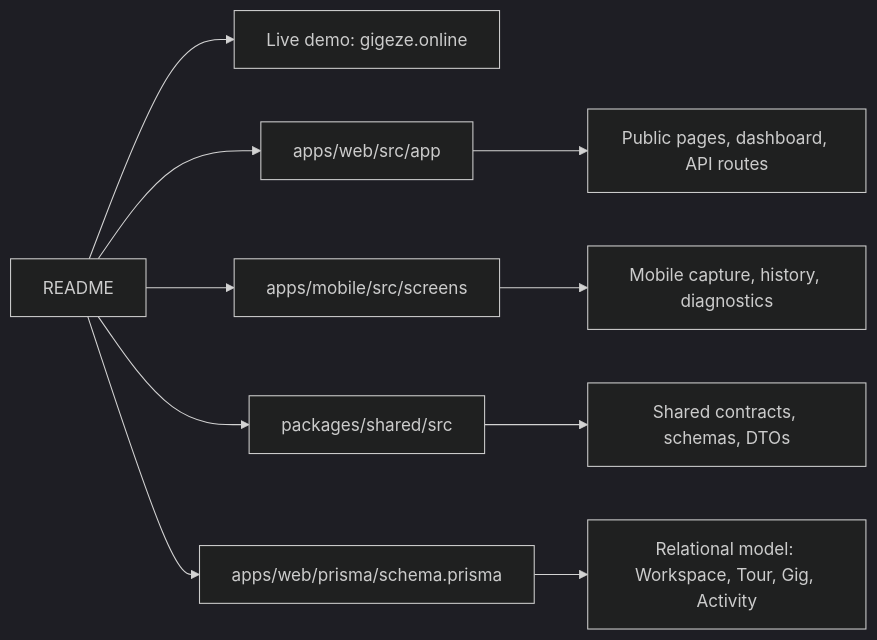
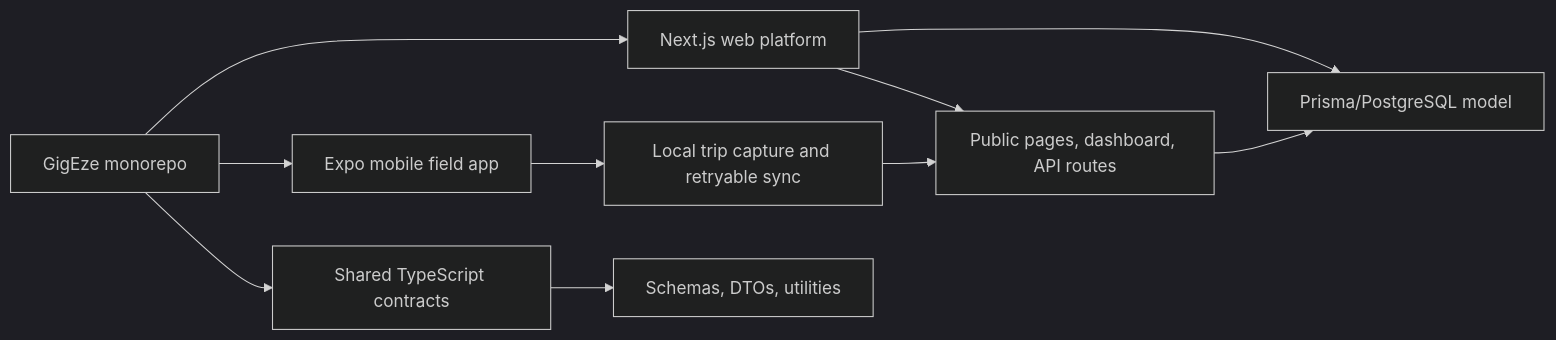
The diagram in README.md (brunsdon/gigeze-app), drawn with Mermaid (dark theme) before and after one commit. The commit also changed other lines of this file and 2 other files, not shown here.

Commit message:
feat: update README and add local development guide for improved setup instructions and clarity

````diff
--- a/README.md
+++ b/README.md
@@ -168,13 +103,12 @@
 ```mermaid
 flowchart LR
-  A["README"] --> B["Live demo: gigeze.online"]
-  A --> C["apps/web/src/app"]
-  A --> D["apps/mobile/src/screens"]
-  A --> E["packages/shared/src"]
-  A --> F["apps/web/prisma/schema.prisma"]
-
-  C --> G["Public pages, dashboard, API routes"]
-  D --> H["Mobile capture, history, diagnostics"]
-  E --> I["Shared contracts, schemas, DTOs"]
-  F --> J["Relational model: Workspace, Tour, Gig, Activity"]
+  A["GigEze monorepo"] --> B["Next.js web platform"]
+  A --> C["Expo mobile field app"]
+  A --> D["Shared TypeScript contracts"]
+  B --> E["Public pages, dashboard, API routes"]
+  B --> F["Prisma/PostgreSQL model"]
+  C --> G["Local trip capture and retryable sync"]
+  D --> H["Schemas, DTOs, utilities"]
+  G --> E
+  E --> F
 ```
````
